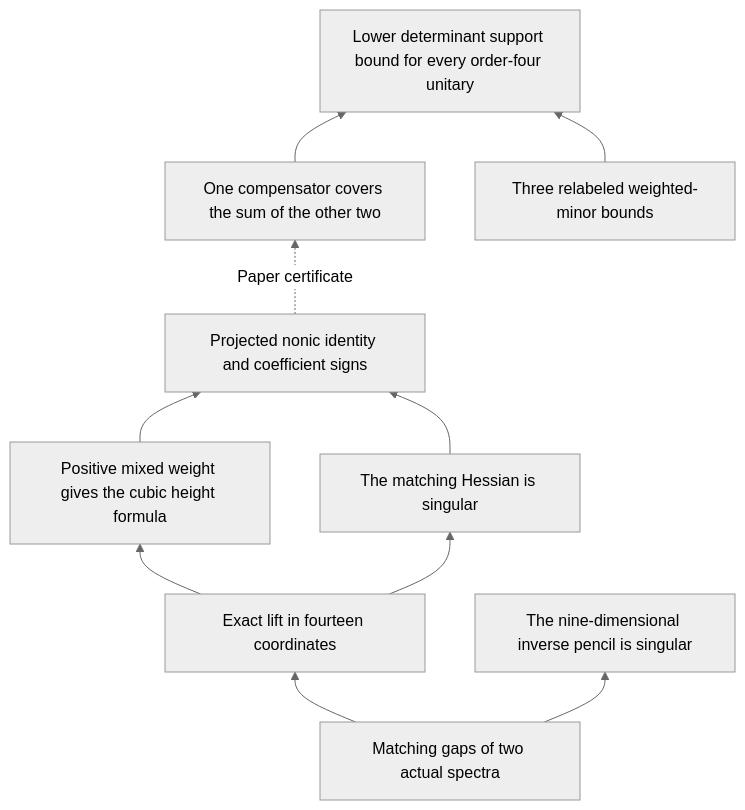
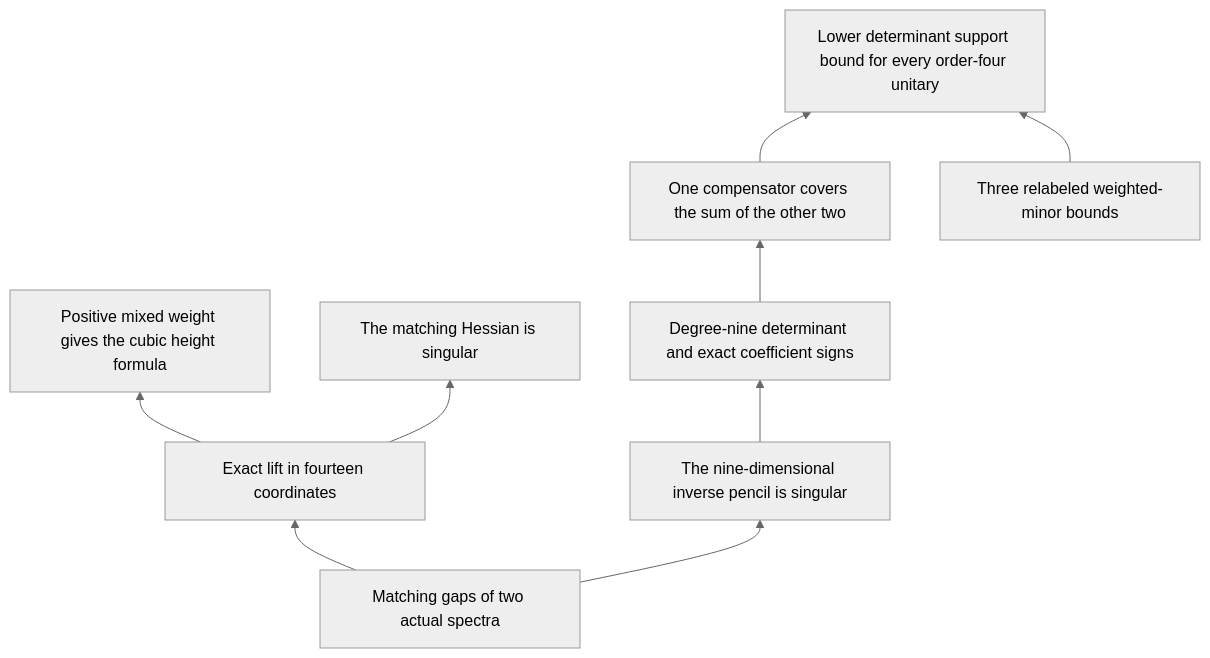
The diagram in Docs/Proofs/order-four-symmetric-six-contact-map.md (ascendnoosphere/MOC), drawn with Mermaid (neutral theme) before and after one commit. The commit also changed other lines of this file and 1 other file, not shown here.

Commit message:
Close the full symmetric six-contact family by inverse-pencil coefficients

````diff
--- a/Docs/Proofs/order-four-symmetric-six-contact-map.md
+++ b/Docs/Proofs/order-four-symmetric-six-contact-map.md
@@ -21,21 +21,20 @@
 ```mermaid
 flowchart BT
     Spectral["Matching gaps of two actual spectra"]
     Lift["Exact lift in fourteen coordinates"]
     Height["Positive mixed weight gives the cubic height formula"]
     Singular["The matching Hessian is singular"]
     Inverse["The nine-dimensional inverse pencil is singular"]
-    Nonic["Projected nonic identity and coefficient signs"]
+    Nonic["Degree-nine determinant and exact coefficient signs"]
     Budget["One compensator covers the sum of the other two"]
     Pair["Three relabeled weighted-minor bounds"]
     Cut["Lower determinant support bound for every order-four unitary"]
     Spectral --> Lift
     Lift --> Height
     Lift --> Singular
     Spectral --> Inverse
-    Height --> Nonic
-    Singular --> Nonic
-    Nonic -. Paper certificate .-> Budget
+    Inverse --> Nonic
+    Nonic --> Budget
     Budget --> Cut
     Pair --> Cut
 ```
````
